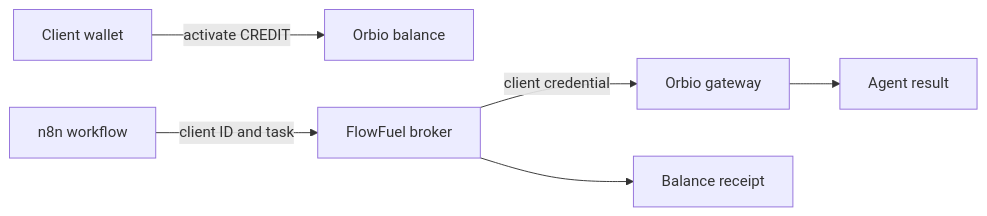
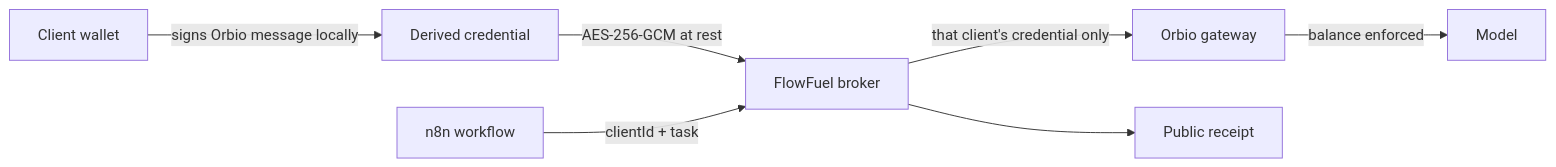
One commit to mystiquemide/flowfuel changed the diagram in README.md. Above: the diagram before and after it, drawn with Mermaid. The commit also changed other lines of this file and 2 other files, not shown here.

````diff
--- a/README.md
+++ b/README.md
@@ -29,8 +37,9 @@
 ```mermaid
 flowchart LR
-    A[Client wallet] -->|activate CREDIT| B[Orbio balance]
-    C[n8n workflow] -->|client ID and task| D[FlowFuel broker]
-    D -->|client credential| E[Orbio gateway]
-    E --> F[Agent result]
-    D --> G[Balance receipt]
+  W[Client wallet] -->|signs Orbio message locally| C[Derived credential]
+  C -->|AES-256-GCM at rest| B[FlowFuel broker]
+  N[n8n workflow] -->|clientId + task| B
+  B -->|that client's credential only| O[Orbio gateway]
+  O -->|balance enforced| M[Model]
+  B --> R[Public receipt]
 ```
````
